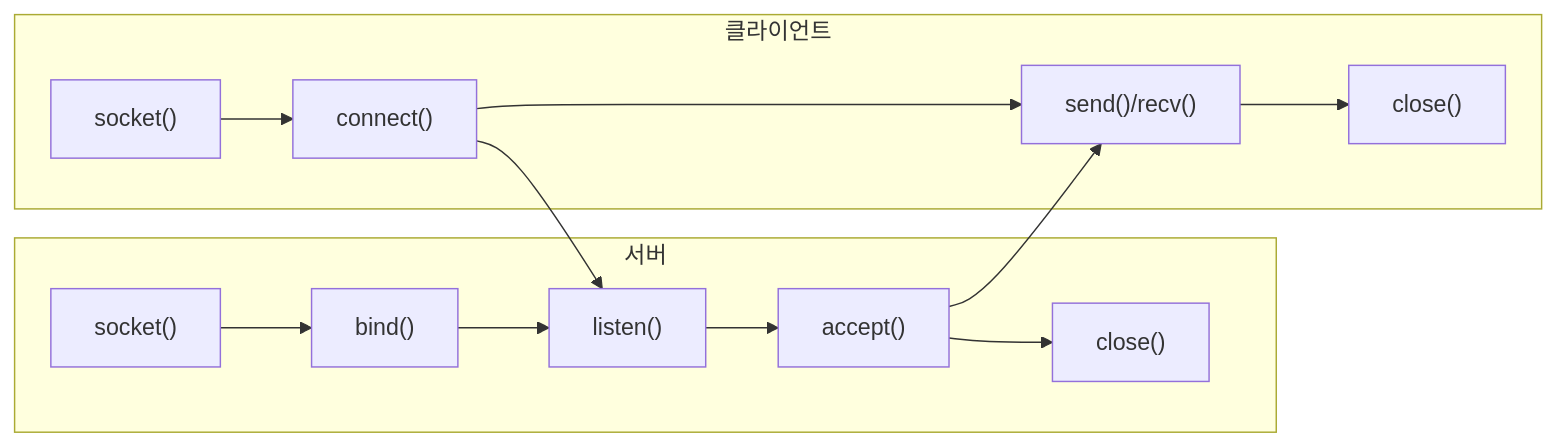
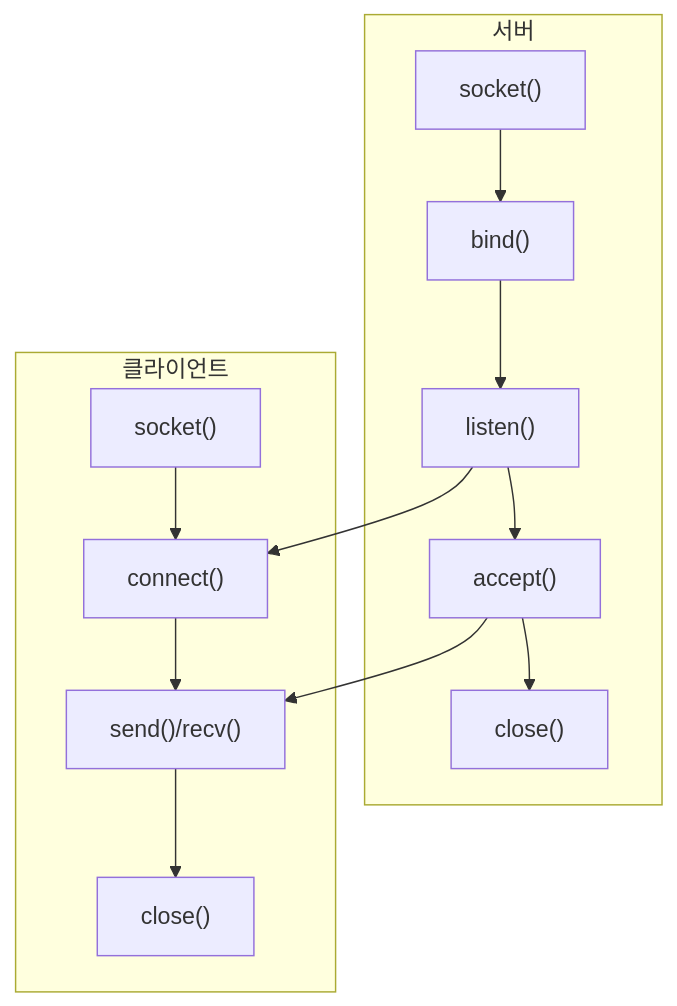
The first of 6 diagrams in docs/Study/소켓.md (HyeYeonLee0112/SW-AI-W08-Webproxy-Lab), drawn with Mermaid before and after one commit. The commit also changed other lines of this file and 7 other files, not shown here.

````diff
--- a/docs/Study/소켓.md
+++ b/docs/Study/소켓.md
@@ -15,22 +15,22 @@
 ```mermaid
-flowchart LR
+flowchart TB
   subgraph S["서버"]
     S1["socket()"]
     S2["bind()"]
     S3["listen()"]
     S4["accept()"]
     S5["close()"]
     S1 --> S2 --> S3 --> S4 --> S5
   end
 
   subgraph C["클라이언트"]
     C1["socket()"]
     C2["connect()"]
     C3["send()/recv()"]
     C4["close()"]
     C1 --> C2 --> C3 --> C4
   end
 
-  C2 --> S3
+  S3 --> C2
   S4 --> C3
 ```
````
